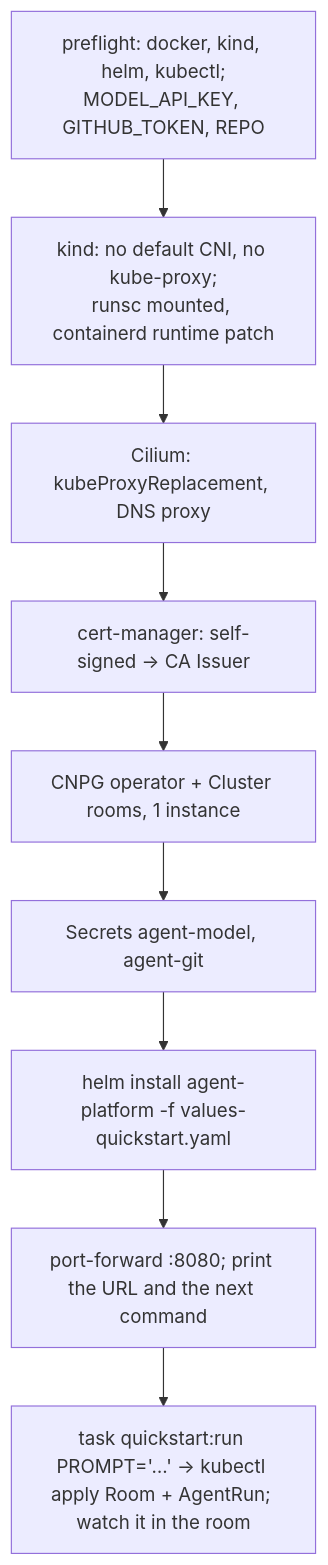
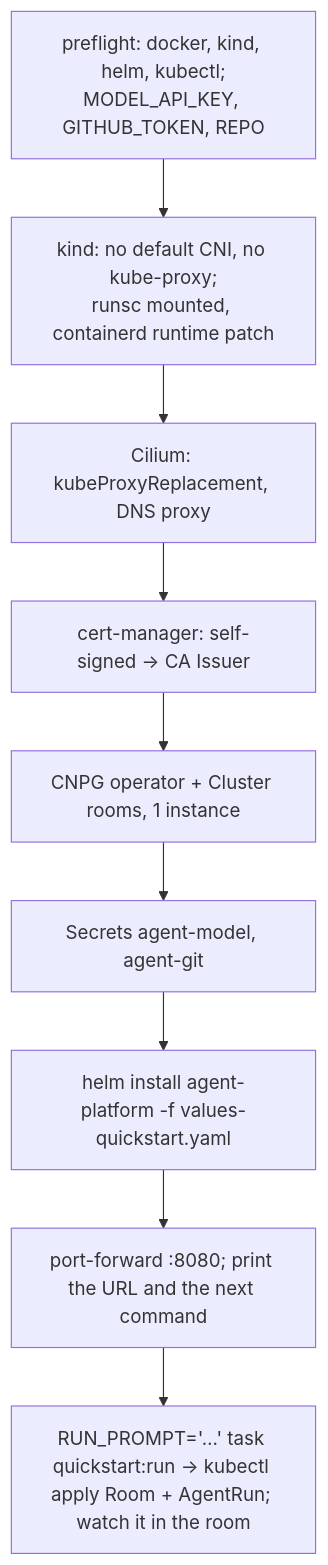
One commit to Smana/agent-platform changed the diagram in docs/superpowers/specs/2026-10-18-install-anywhere-design.md. Above: the diagram before and after it, drawn with Mermaid. The commit also changed 6 other files, not shown here.

Commit message:
fix(quickstart): RUN_PROMPT from the environment, not a go-task CLI variable

````diff
--- a/docs/superpowers/specs/2026-10-18-install-anywhere-design.md
+++ b/docs/superpowers/specs/2026-10-18-install-anywhere-design.md
@@ -126,11 +126,11 @@
 ```mermaid
 flowchart TD
   P[preflight: docker, kind, helm, kubectl;<br/>MODEL_API_KEY, GITHUB_TOKEN, REPO] --> K[kind: no default CNI, no kube-proxy;<br/>runsc mounted, containerd runtime patch]
   K --> C[Cilium: kubeProxyReplacement, DNS proxy]
   C --> M[cert-manager: self-signed → CA Issuer]
   M --> N[CNPG operator + Cluster rooms, 1 instance]
   N --> S[Secrets agent-model, agent-git]
   S --> H[helm install agent-platform -f values-quickstart.yaml]
   H --> F[port-forward :8080; print the URL and the next command]
-  F --> R["task quickstart:run PROMPT='…' → kubectl apply Room + AgentRun; watch it in the room"]
+  F --> R["RUN_PROMPT='…' task quickstart:run → kubectl apply Room + AgentRun; watch it in the room"]
 ```
````
